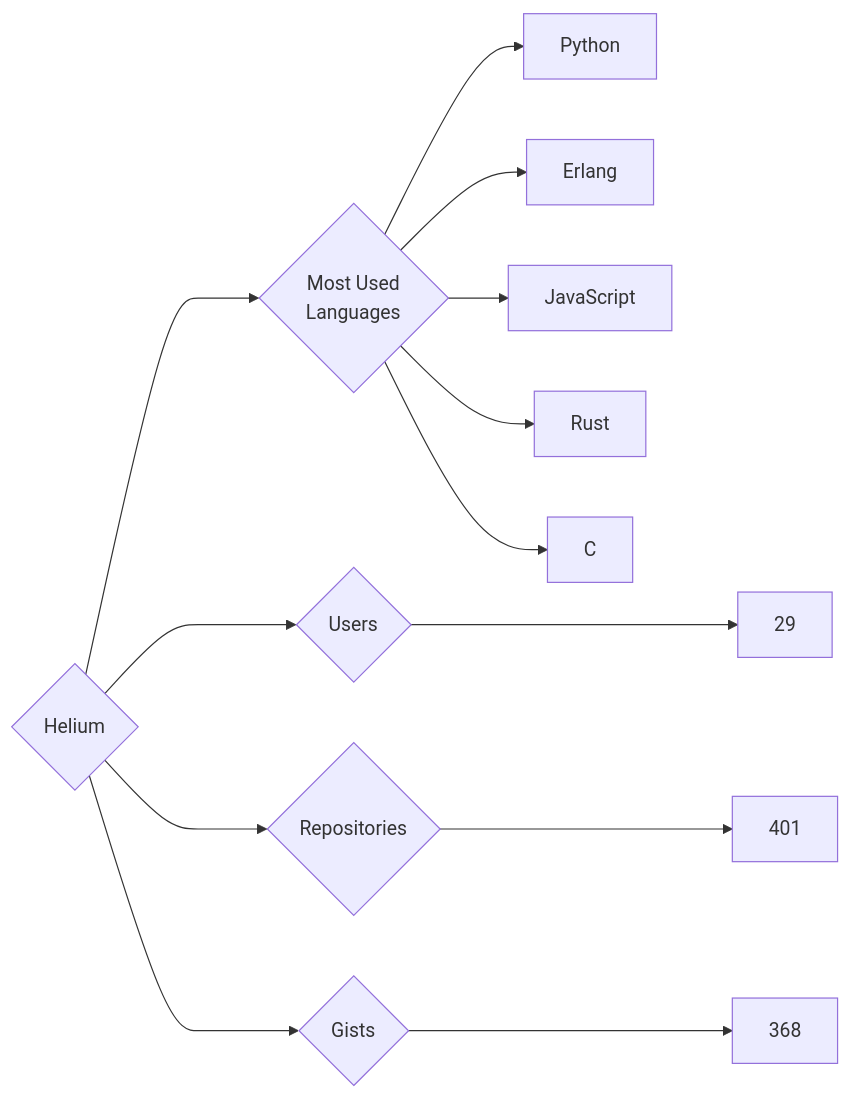
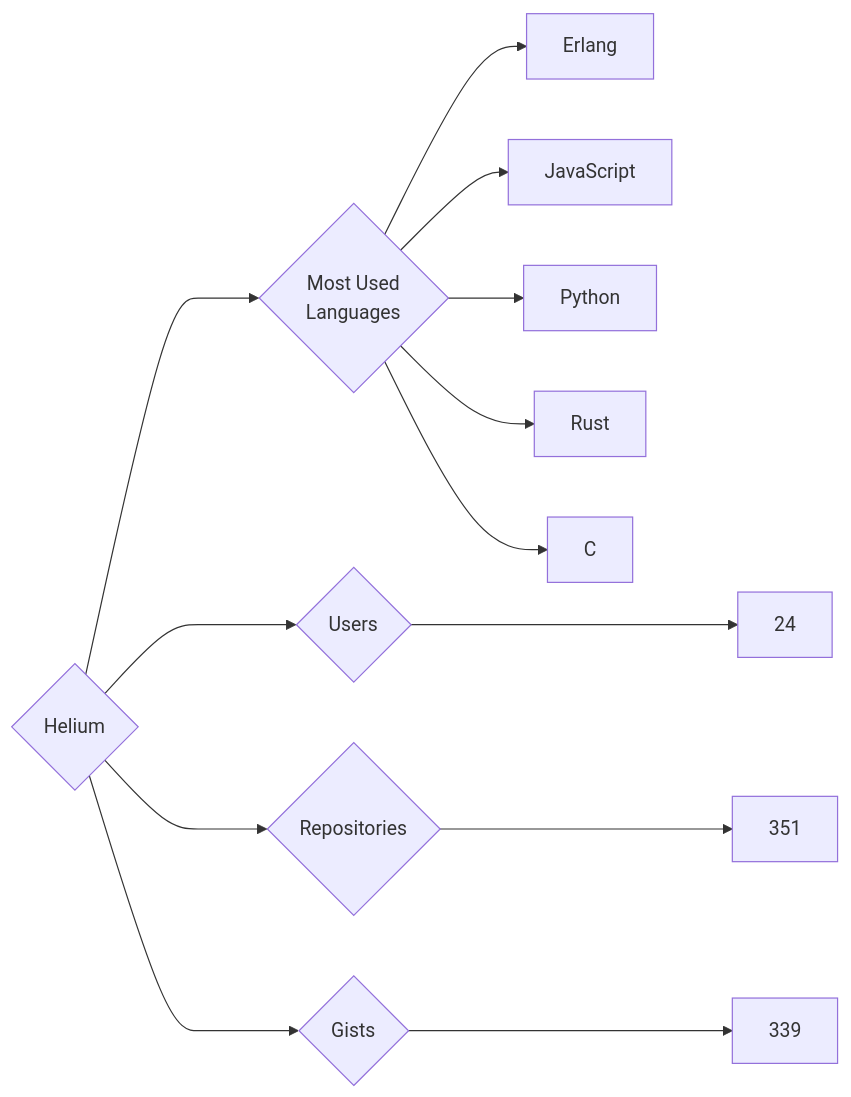
Before and after one commit to trickest/insiders: the diagram in targets/Helium/README.md, drawn with Mermaid. The commit also changed 984 other files, not shown here.

````diff
--- a/targets/Helium/README.md
+++ b/targets/Helium/README.md
@@ -3,13 +3,13 @@
 ```mermaid
 graph LR
 COMPANY_NAME{Helium}
-COMPANY_NAME ---> U{Users} ---> UN[29]
-COMPANY_NAME ---> R{Repositories} ---> RN[401]
-COMPANY_NAME ---> G{Gists} ---> GN[368]
+COMPANY_NAME ---> U{Users} ---> UN[24]
+COMPANY_NAME ---> R{Repositories} ---> RN[351]
+COMPANY_NAME ---> G{Gists} ---> GN[339]
 COMPANY_NAME ---> ML{Most Used<br>Languages}
-ML --> Python[Python]
 ML --> Erlang[Erlang]
 ML --> JavaScript[JavaScript]
+ML --> Python[Python]
 ML --> Rust[Rust]
 ML --> C[C]
 ```
````
